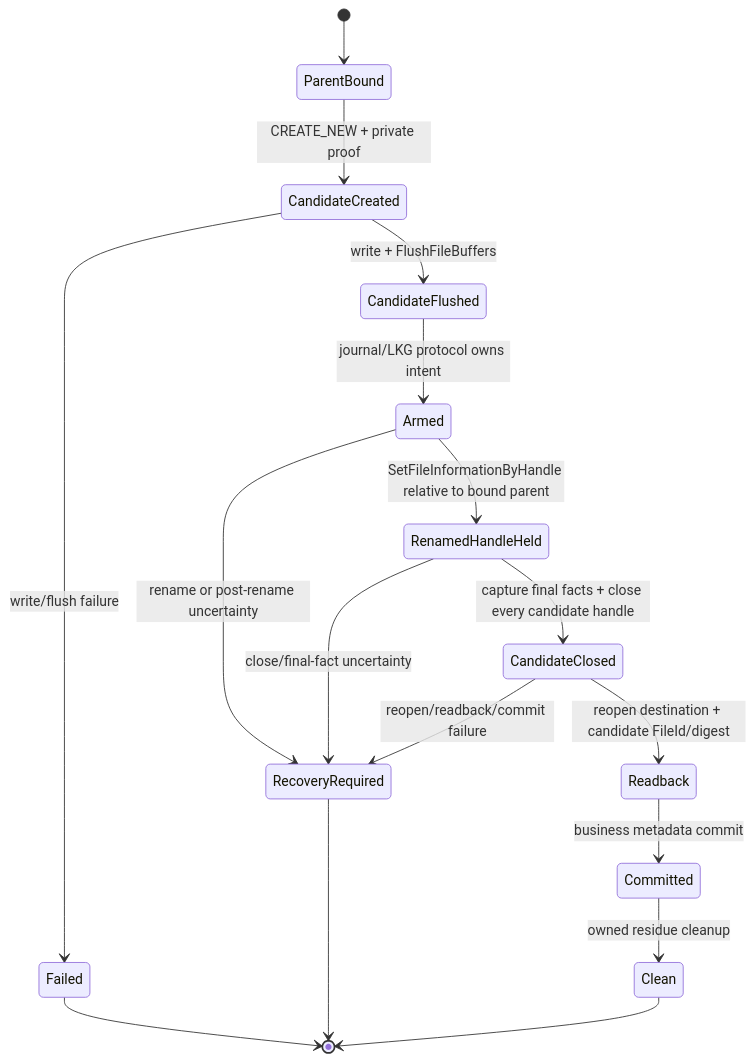
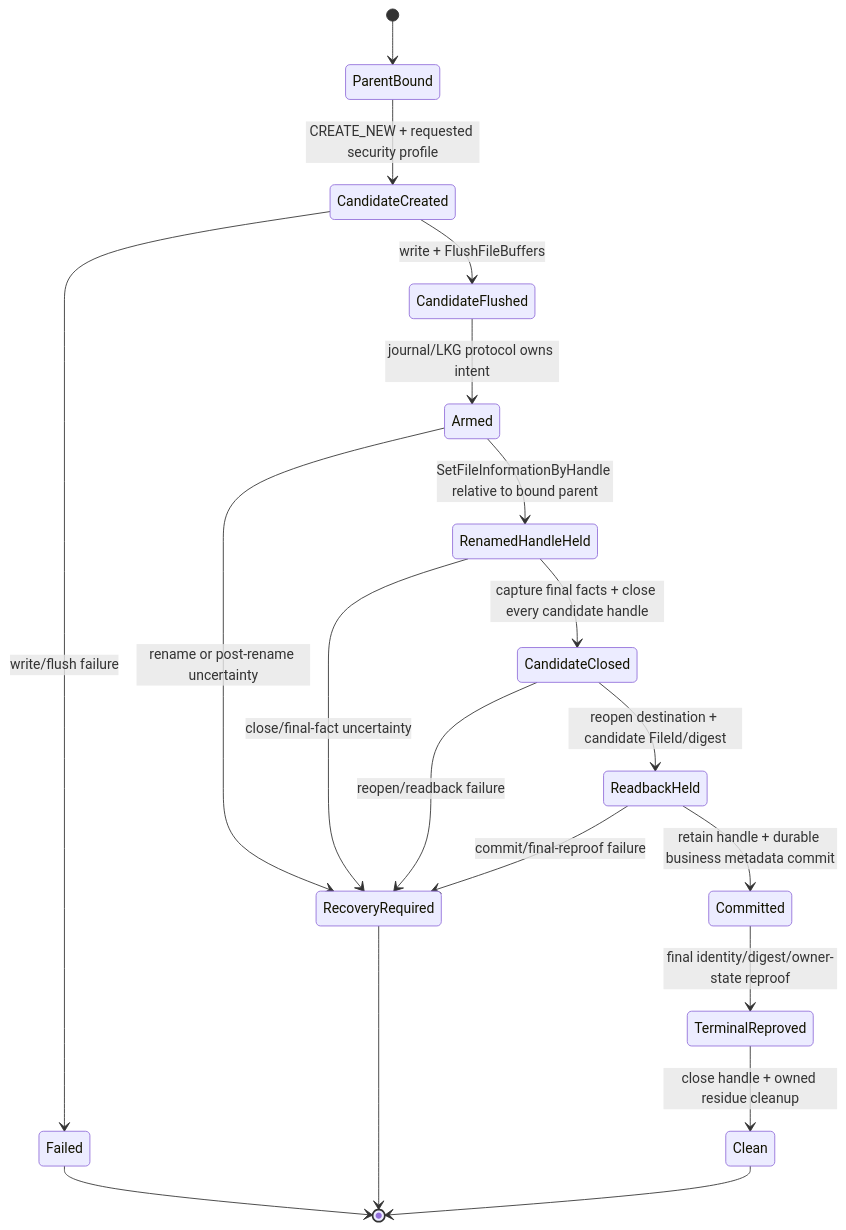
The third of 4 diagrams in .kiro/specs/windows-platform-enablement/design.md (BeFringe/LocalCAT), drawn with Mermaid before and after one commit. The commit also changed other lines of this file and 5 other files, not shown here.

````diff
--- a/.kiro/specs/windows-platform-enablement/design.md
+++ b/.kiro/specs/windows-platform-enablement/design.md
@@ -291,19 +292,21 @@
 ```mermaid
 stateDiagram-v2
     [*] --> ParentBound
-    ParentBound --> CandidateCreated: CREATE_NEW + private proof
+    ParentBound --> CandidateCreated: CREATE_NEW + requested security profile
     CandidateCreated --> CandidateFlushed: write + FlushFileBuffers
     CandidateFlushed --> Armed: journal/LKG protocol owns intent
     Armed --> RenamedHandleHeld: SetFileInformationByHandle relative to bound parent
     RenamedHandleHeld --> CandidateClosed: capture final facts + close every candidate handle
-    CandidateClosed --> Readback: reopen destination + candidate FileId/digest
-    Readback --> Committed: business metadata commit
-    Committed --> Clean: owned residue cleanup
+    CandidateClosed --> ReadbackHeld: reopen destination + candidate FileId/digest
+    ReadbackHeld --> Committed: retain handle + durable business metadata commit
+    Committed --> TerminalReproved: final identity/digest/owner-state reproof
+    TerminalReproved --> Clean: close handle + owned residue cleanup
     CandidateCreated --> Failed: write/flush failure
     Armed --> RecoveryRequired: rename or post-rename uncertainty
     RenamedHandleHeld --> RecoveryRequired: close/final-fact uncertainty
-    CandidateClosed --> RecoveryRequired: reopen/readback/commit failure
+    CandidateClosed --> RecoveryRequired: reopen/readback failure
+    ReadbackHeld --> RecoveryRequired: commit/final-reproof failure
     Failed --> [*]
     RecoveryRequired --> [*]
     Clean --> [*]
 ```
````
